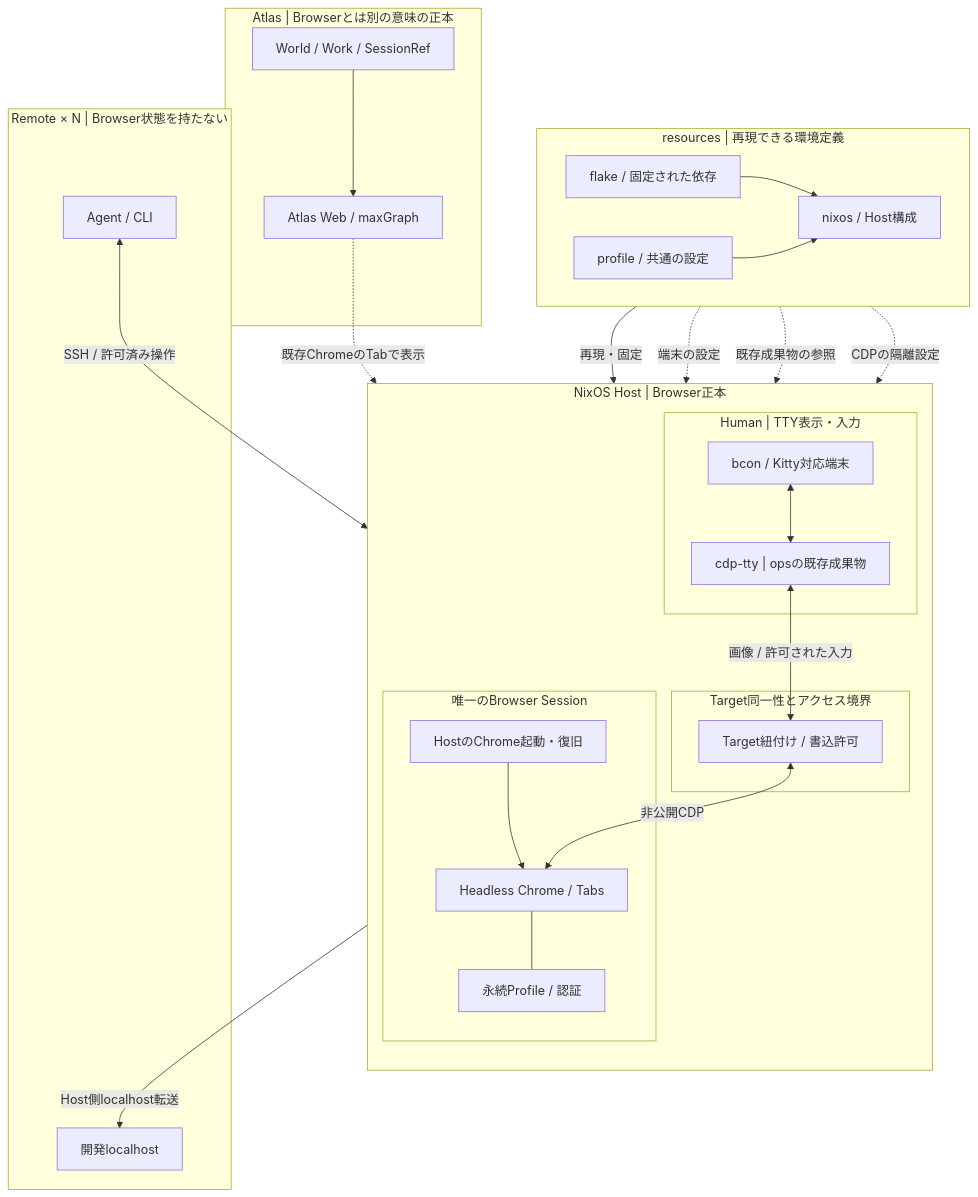
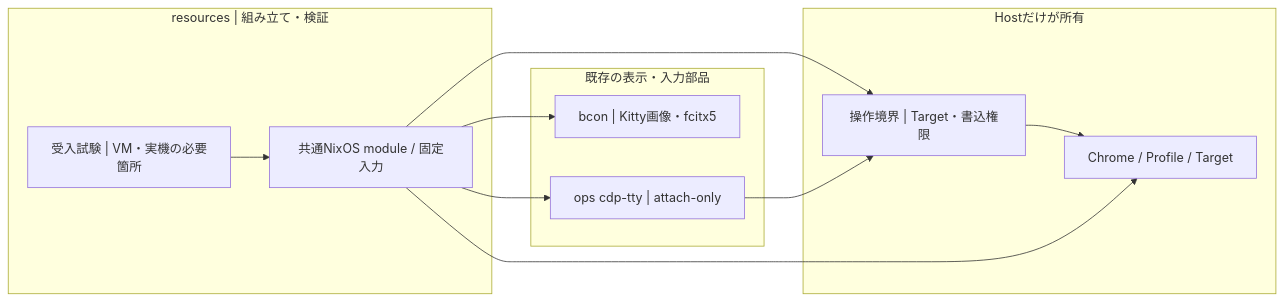
One commit to roccho-dev/resources changed the first of 3 diagrams in docs/nixos-tty-browser-host.md. Above: the diagram before and after it, drawn with Mermaid. The commit also changed other lines of this file and 3 other files, not shown here.

````diff
--- a/docs/nixos-tty-browser-host.md
+++ b/docs/nixos-tty-browser-host.md
@@ -15,51 +13,22 @@
 ```mermaid
-flowchart TB
-  subgraph RES["resources | 再現できる環境定義"]
-    direction LR
-    F["flake / 固定された依存"]
-    P["profile / 共通の設定"]
-    N["nixos / Host構成"]
-    F --> N
-    P --> N
+flowchart LR
+  subgraph RES["resources | 組み立て・検証"]
+    SPEC["共通NixOS module / 固定入力"]
+    TEST["受入試験 | VM・実機の必要箇所"]
+    TEST --> SPEC
   end
-
-  subgraph HOST["NixOS Host | Browser正本"]
-    direction TB
-    subgraph HUMAN["Human | TTY表示・入力"]
-      T["bcon / Kitty対応端末"]
-      V["cdp-tty | opsの既存成果物"]
-      T <--> V
-    end
-    subgraph ACCESS["Target同一性とアクセス境界"]
-      G["Target紐付け / 書込許可"]
-    end
-    subgraph BROWSER["唯一のBrowser Session"]
-      O["HostのChrome起動・復旧"]
-      C["Headless Chrome / Tabs"]
-      PR["永続Profile / 認証"]
-      O --> C
-      C --- PR
-    end
-    V <-->|"画像 / 許可された入力"| G
-    G <-->|"非公開CDP"| C
+  subgraph IO["既存の表示・入力部品"]
+    B["bcon | Kitty画像・fcitx5"]
+    V["ops cdp-tty | attach-only"]
   end
-
-  subgraph REMOTE["Remote × N | Browser状態を持たない"]
-    A["Agent / CLI"]
-    D["開発localhost"]
+  subgraph STATE["Hostだけが所有"]
+    C["Chrome / Profile / Target"]
+    A["操作境界 | Target・書込権限"]
+    A --> C
   end
-
-  subgraph ATLAS["Atlas | Browserとは別の意味の正本"]
-    W["World / Work / SessionRef"]
-    U["Atlas Web / maxGraph"]
-    W --> U
-  end
-
-  N -->|"再現・固定"| O
-  N -.->|"端末の設定"| T
-  N -.->|"既存成果物の参照"| V
-  N -.->|"CDPの隔離設定"| G
-  A <-->|"SSH / 許可済み操作"| G
-  C -->|"Host側localhost転送"| D
-  U -.->|"既存ChromeのTabで表示"| C
+  SPEC --> B
+  SPEC --> V
+  SPEC --> A
+  SPEC --> C
+  V --> A
 ```
````
